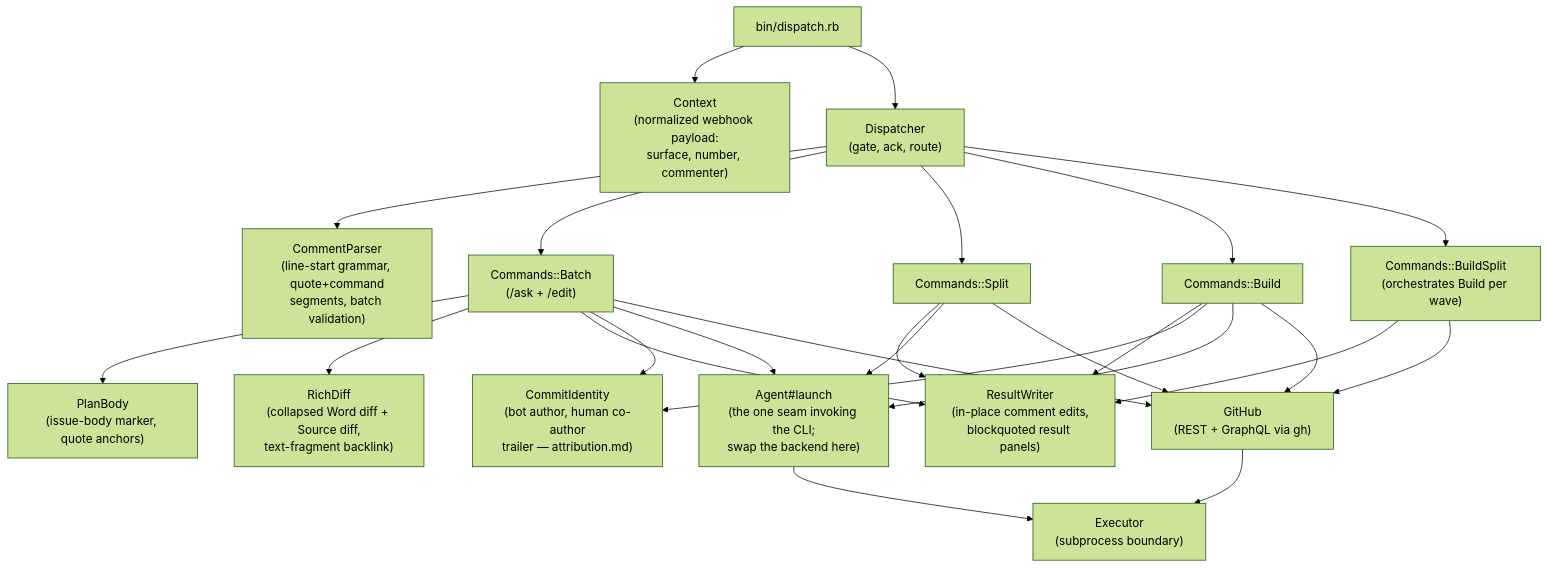
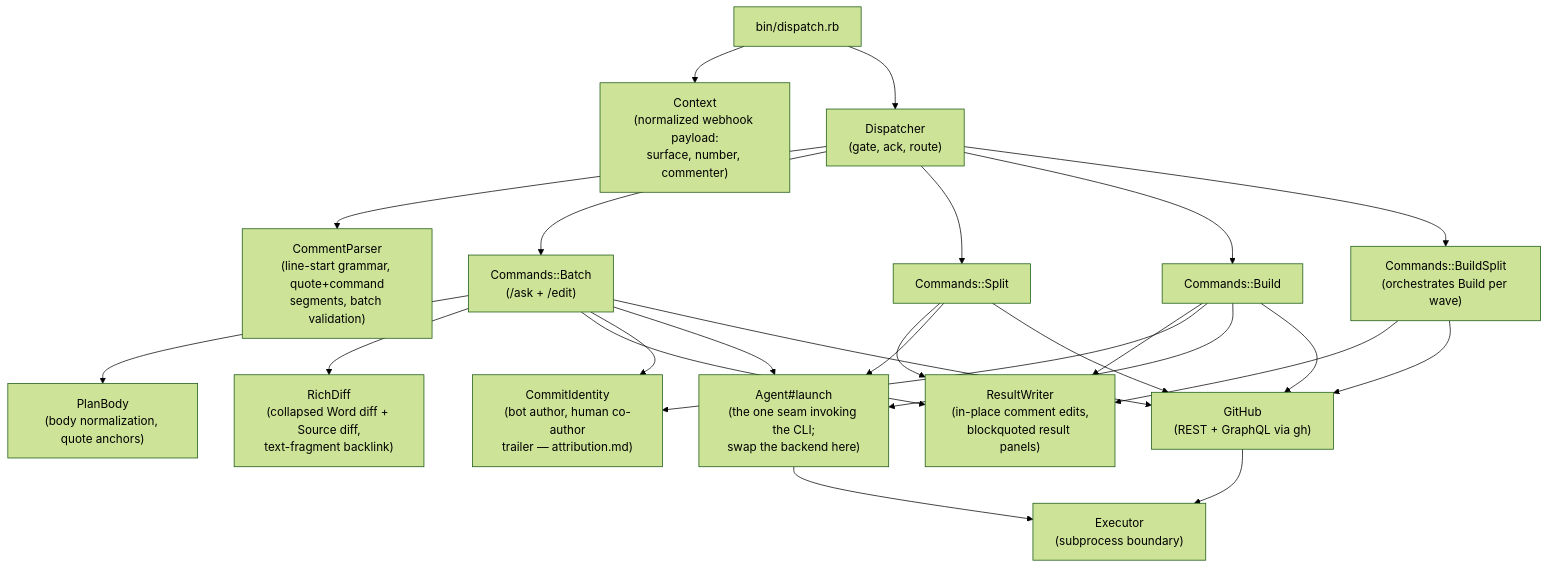
One commit to d3mlabs/ai-flow changed the third of 5 diagrams in docs/architecture.md. Above: the diagram before and after it, drawn with Mermaid (forest theme). The commit also changed 6 other files, not shown here.

First line of the commit message:
Remove the vestigial ai-flow:plan issue-body marker

````diff
--- a/docs/architecture.md
+++ b/docs/architecture.md
@@ -107,29 +107,29 @@
 ```mermaid
 flowchart TD
     entry["bin/dispatch.rb"] --> ctx["Context<br/>(normalized webhook payload:<br/>surface, number, commenter)"]
     entry --> disp["Dispatcher<br/>(gate, ack, route)"]
     disp --> parser["CommentParser<br/>(line-start grammar, quote+command<br/>segments, batch validation)"]
     disp --> batchCmd["Commands::Batch<br/>(/ask + /edit)"]
     disp --> splitCmd["Commands::Split"]
     disp --> buildCmd["Commands::Build"]
     disp --> buildSplitCmd["Commands::BuildSplit<br/>(orchestrates Build per wave)"]
 
-    batchCmd --> planBody["PlanBody<br/>(issue-body marker, quote anchors)"]
+    batchCmd --> planBody["PlanBody<br/>(body normalization, quote anchors)"]
     batchCmd --> richDiff["RichDiff<br/>(collapsed Word diff + Source diff,<br/>text-fragment backlink)"]
     batchCmd --> resultWriter["ResultWriter<br/>(in-place comment edits,<br/>blockquoted result panels)"]
     splitCmd --> resultWriter
     buildCmd --> resultWriter
     buildSplitCmd --> resultWriter
     buildCmd --> commitIdentity["CommitIdentity<br/>(bot author, human co-author<br/>trailer — attribution.md)"]
     batchCmd --> commitIdentity
 
     batchCmd --> agent["Agent#launch<br/>(the one seam invoking the CLI;<br/>swap the backend here)"]
     splitCmd --> agent
     buildCmd --> agent
     batchCmd --> gh["GitHub<br/>(REST + GraphQL via gh)"]
     splitCmd --> gh
     buildCmd --> gh
     buildSplitCmd --> gh
     agent --> exec["Executor<br/>(subprocess boundary)"]
     gh --> exec
 ```
````
